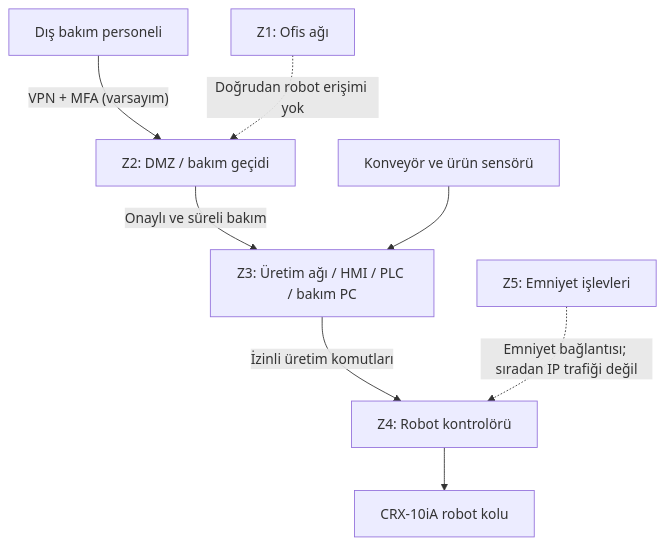
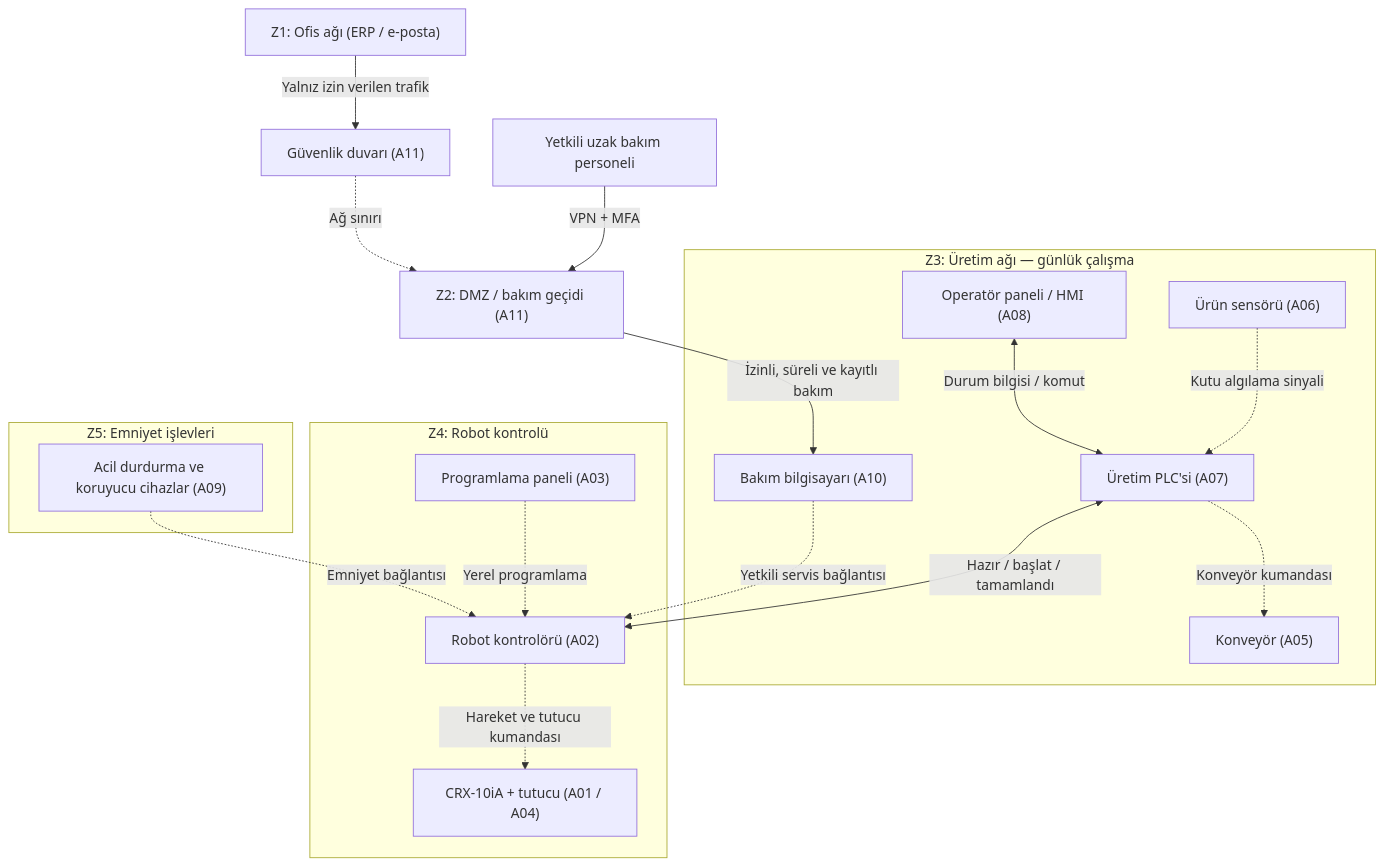
The diagram in 02-Network-Architecture.md (baranaksitkutay/YMH459-FANUC-CRX10iA), drawn with Mermaid before and after one commit. The commit also changed other lines of this file, not shown here.

First line of the commit message:
Update 02-Network-Architecture.md

````diff
--- a/02-Network-Architecture.md
+++ b/02-Network-Architecture.md
@@ -13,10 +13,27 @@
 ```mermaid
-flowchart TD
-    U["Dış bakım personeli"] -->|"VPN + MFA (varsayım)"| D["Z2: DMZ / bakım geçidi"]
-    O["Z1: Ofis ağı"] -.->|"Doğrudan robot erişimi yok"| D
-    D -->|"Onaylı ve süreli bakım"| P["Z3: Üretim ağı / HMI / PLC / bakım PC"]
-    S["Konveyör ve ürün sensörü"] --> P
-    P -->|"İzinli üretim komutları"| R["Z4: Robot kontrolörü"]
-    R --> K["CRX-10iA robot kolu"]
-    E["Z5: Emniyet işlevleri"] -.->|"Emniyet bağlantısı; sıradan IP trafiği değil"| R
+flowchart TB
+    O["Z1: Ofis ağı (ERP / e-posta)"] -->|"Yalnız izin verilen trafik"| F["Güvenlik duvarı (A11)"]
+    U["Yetkili uzak bakım personeli"] -->|"VPN + MFA"| D["Z2: DMZ / bakım geçidi (A11)"]
+    F -.->|"Ağ sınırı"| D
+
+    subgraph PROD["Z3: Üretim ağı — günlük çalışma"]
+        S["Ürün sensörü (A06)"] -.->|"Kutu algılama sinyali"| P["Üretim PLC'si (A07)"]
+        H["Operatör paneli / HMI (A08)"] <-->|"Durum bilgisi / komut"| P
+        P -.->|"Konveyör kumandası"| C["Konveyör (A05)"]
+        M["Bakım bilgisayarı (A10)"]
+    end
+
+    subgraph ROBOT["Z4: Robot kontrolü"]
+        R["Robot kontrolörü (A02)"] -.->|"Hareket ve tutucu kumandası"| A["CRX-10iA + tutucu (A01 / A04)"]
+        T["Programlama paneli (A03)"] -.->|"Yerel programlama"| R
+    end
+
+    P <-->|"Hazır / başlat / tamamlandı"| R
+    D -->|"İzinli, süreli ve kayıtlı bakım"| M
+    M -.->|"Yetkili servis bağlantısı"| R
+
+    subgraph SAFE["Z5: Emniyet işlevleri"]
+        E["Acil durdurma ve koruyucu cihazlar (A09)"]
+    end
+    E -.->|"Emniyet bağlantısı"| R
 ```
````
